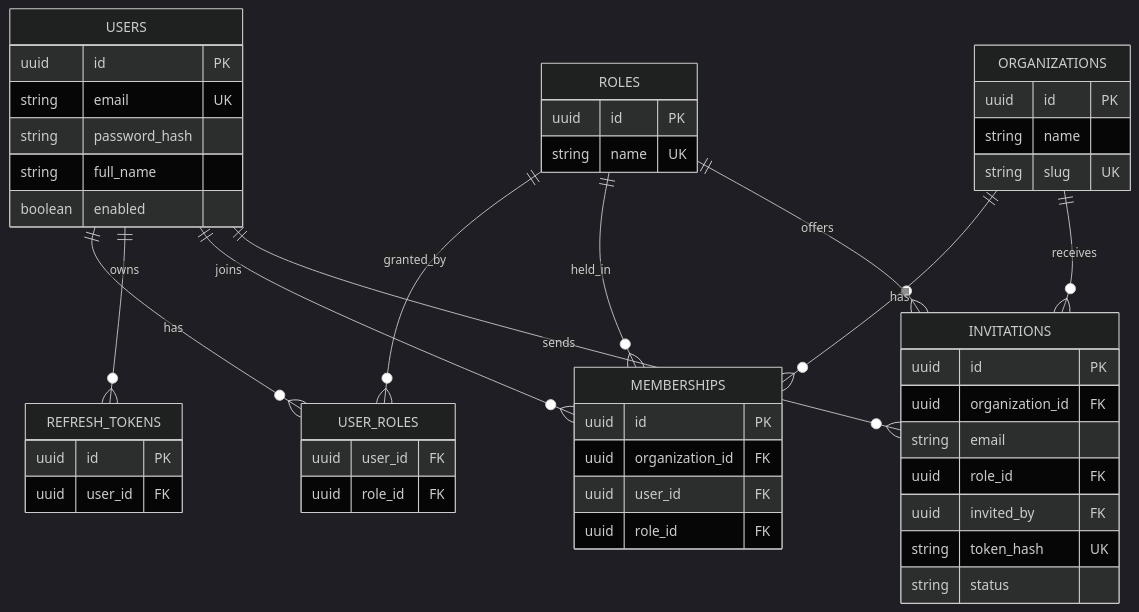
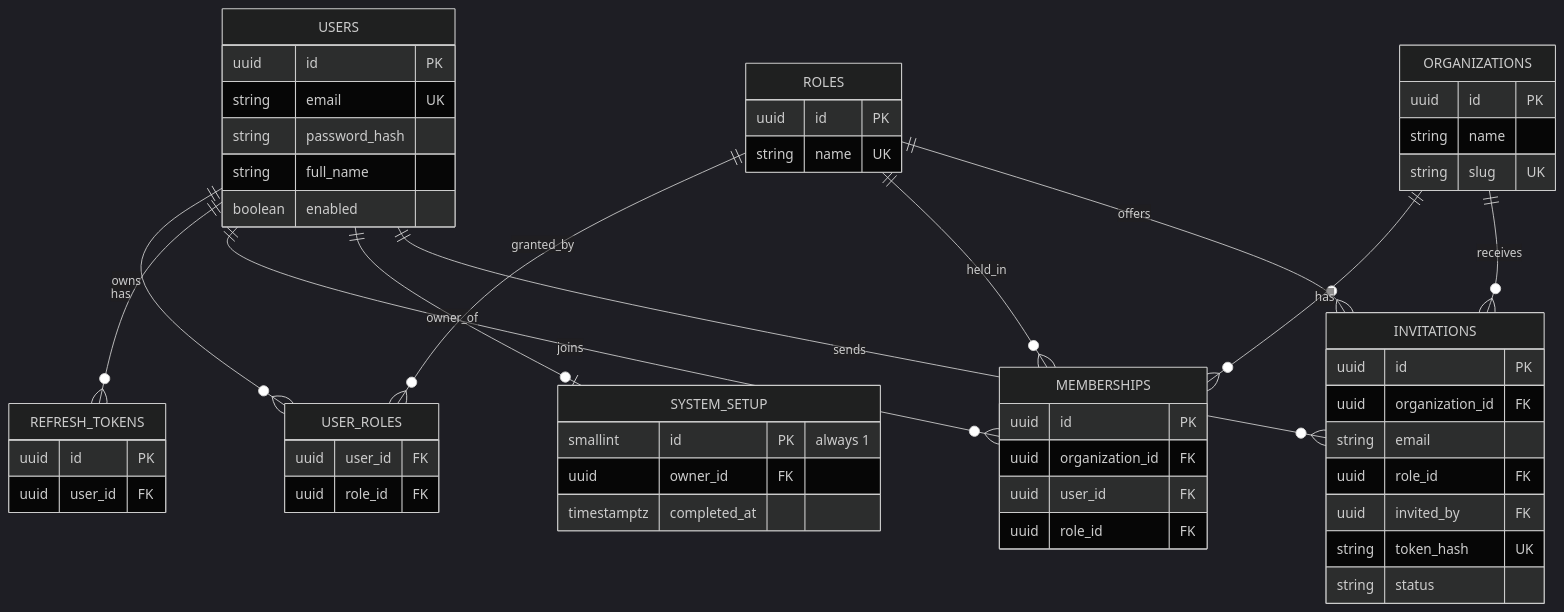
The second of 2 diagrams in README.md (Mutiur03/CSE3220_Connecta), drawn with Mermaid (dark theme) before and after one commit. The commit also changed other lines of this file and 1 other file, not shown here.

````diff
--- a/README.md
+++ b/README.md
@@ -70,37 +87,41 @@
 ```mermaid
 erDiagram
     USERS ||--o{ USER_ROLES : has
     ROLES ||--o{ USER_ROLES : granted_by
     USERS ||--o{ REFRESH_TOKENS : owns
     USERS { uuid id PK
         string email UK
         string password_hash
         string full_name
         boolean enabled }
     ROLES { uuid id PK
         string name UK }
     USER_ROLES { uuid user_id FK
         uuid role_id FK }
     REFRESH_TOKENS { uuid id PK
         uuid user_id FK }
     ORGANIZATIONS ||--o{ MEMBERSHIPS : has
     USERS ||--o{ MEMBERSHIPS : joins
     ROLES ||--o{ MEMBERSHIPS : held_in
     ORGANIZATIONS { uuid id PK
         string name
         string slug UK }
     MEMBERSHIPS { uuid id PK
         uuid organization_id FK
         uuid user_id FK
         uuid role_id FK }
+    USERS ||--o| SYSTEM_SETUP : owner_of
+    SYSTEM_SETUP { smallint id PK "always 1"
+        uuid owner_id FK
+        timestamptz completed_at }
     ORGANIZATIONS ||--o{ INVITATIONS : receives
     ROLES ||--o{ INVITATIONS : offers
     USERS ||--o{ INVITATIONS : sends
     INVITATIONS { uuid id PK
         uuid organization_id FK
         string email
         uuid role_id FK
         uuid invited_by FK
         string token_hash UK
         string status }
 ```
````
